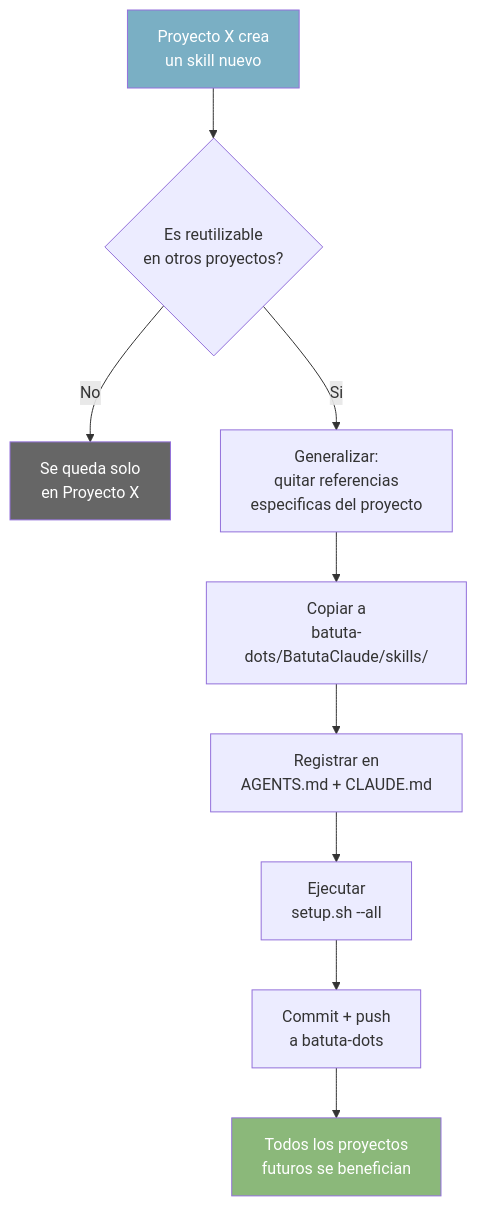
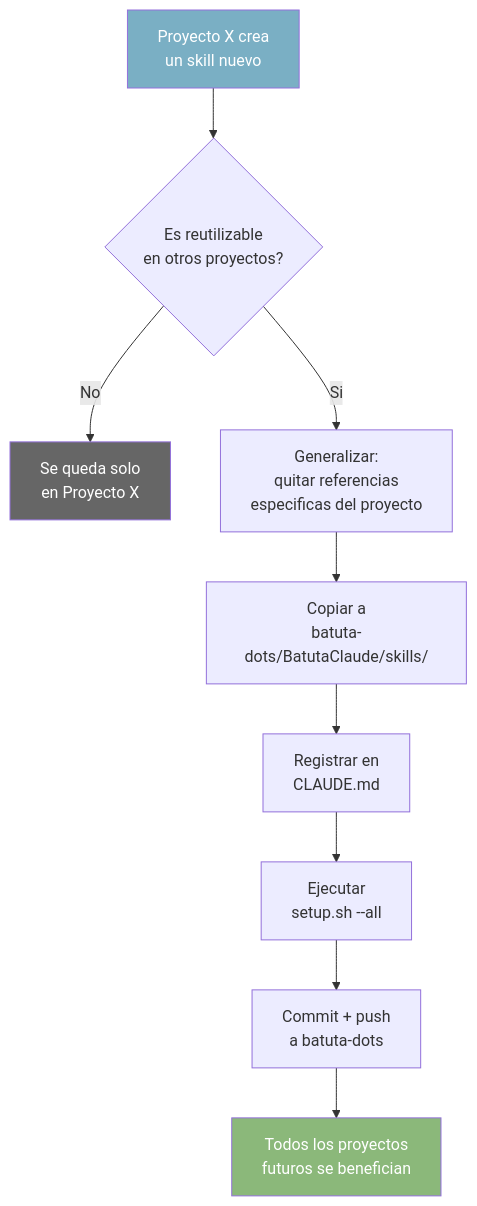
The seventh of 8 diagrams in guides/arquitectura-diagrama.md (jota-batuta/batuta-dots), drawn with Mermaid before and after one commit. The commit also changed other lines of this file and 14 other files, not shown here.

First line of the commit message:
refactor: eliminate AGENTS.md, make CLAUDE.md the single entry point (v3)

````diff
--- a/guides/arquitectura-diagrama.md
+++ b/guides/arquitectura-diagrama.md
@@ -188,21 +207,21 @@
 ```mermaid
 flowchart TD
     PROJECT["Proyecto X crea<br/>un skill nuevo"]
     Q1{"Es reutilizable<br/>en otros proyectos?"}
     STAYS["Se queda solo<br/>en Proyecto X"]
     GENERALIZE["Generalizar:<br/>quitar referencias<br/>especificas del proyecto"]
     COPY["Copiar a<br/>batuta-dots/BatutaClaude/skills/"]
-    REGISTER["Registrar en<br/>AGENTS.md + CLAUDE.md"]
+    REGISTER["Registrar en<br/>CLAUDE.md"]
     SYNC["Ejecutar<br/>setup.sh --all"]
     PUSH["Commit + push<br/>a batuta-dots"]
     BENEFIT["Todos los proyectos<br/>futuros se benefician"]
 
     PROJECT --> Q1
     Q1 -->|"No"| STAYS
     Q1 -->|"Si"| GENERALIZE
     GENERALIZE --> COPY --> REGISTER --> SYNC --> PUSH --> BENEFIT
 
     style PROJECT fill:#7AAFC4,color:#fff
     style BENEFIT fill:#8BB87A,color:#fff
     style STAYS fill:#666,color:#fff
 ```
````
